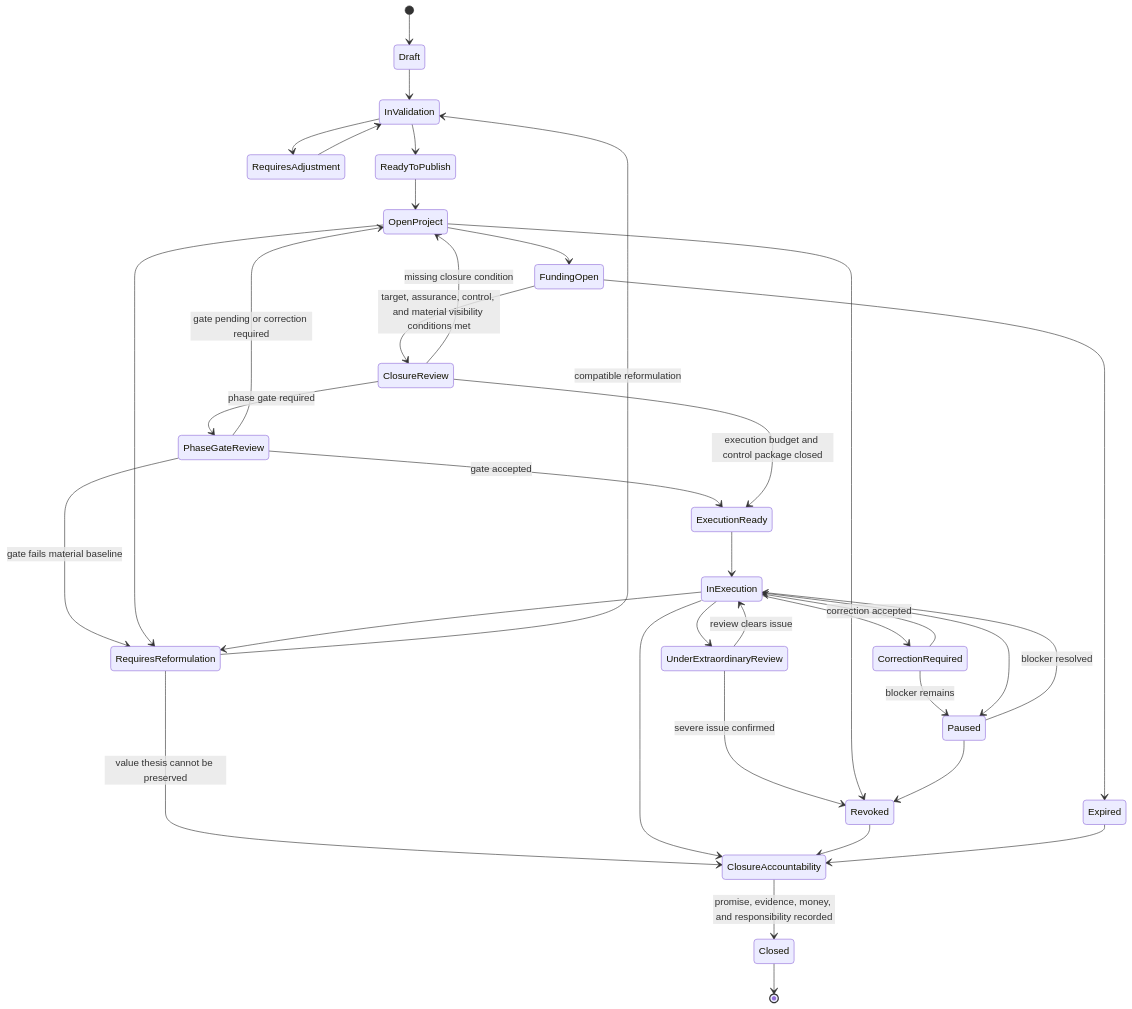
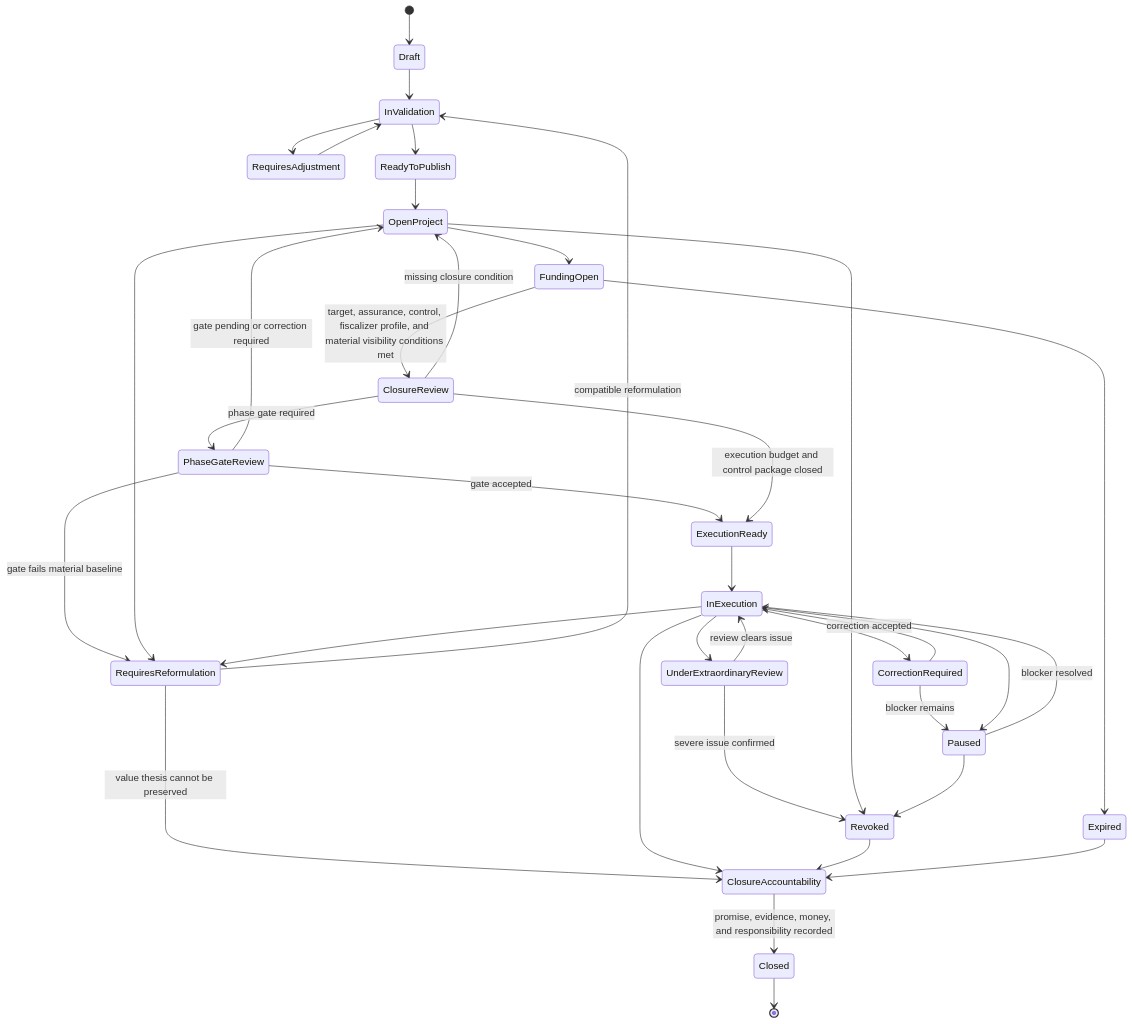
Before and after one commit to moffermann/distributed-governance-research: the diagram in docs/diagrams/v0-project-lifecycle-state.md, drawn with Mermaid. The commit also changed other lines of this file and 36 other files, not shown here.

````diff
--- a/docs/diagrams/v0-project-lifecycle-state.md
+++ b/docs/diagrams/v0-project-lifecycle-state.md
@@ -9,43 +9,43 @@
 ```mermaid
 stateDiagram-v2
     [*] --> Draft
     Draft --> InValidation
     InValidation --> RequiresAdjustment
     RequiresAdjustment --> InValidation
     InValidation --> ReadyToPublish
     ReadyToPublish --> OpenProject
 
     OpenProject --> FundingOpen
-    FundingOpen --> ClosureReview: target, assurance, control, and material visibility conditions met
+    FundingOpen --> ClosureReview: target, assurance, control, fiscalizer profile, and material visibility conditions met
     ClosureReview --> OpenProject: missing closure condition
     ClosureReview --> PhaseGateReview: phase gate required
     PhaseGateReview --> OpenProject: gate pending or correction required
     PhaseGateReview --> RequiresReformulation: gate fails material baseline
     PhaseGateReview --> ExecutionReady: gate accepted
     ClosureReview --> ExecutionReady: execution budget and control package closed
 
     ExecutionReady --> InExecution
     InExecution --> CorrectionRequired
     CorrectionRequired --> InExecution: correction accepted
     CorrectionRequired --> Paused: blocker remains
     InExecution --> Paused
     Paused --> InExecution: blocker resolved
 
     OpenProject --> RequiresReformulation
     InExecution --> RequiresReformulation
     RequiresReformulation --> InValidation: compatible reformulation
     RequiresReformulation --> ClosureAccountability: value thesis cannot be preserved
 
     InExecution --> UnderExtraordinaryReview
     UnderExtraordinaryReview --> InExecution: review clears issue
     UnderExtraordinaryReview --> Revoked: severe issue confirmed
 
     FundingOpen --> Expired
     OpenProject --> Revoked
     Paused --> Revoked
     InExecution --> ClosureAccountability
     Revoked --> ClosureAccountability
     Expired --> ClosureAccountability
     ClosureAccountability --> Closed: promise, evidence, money, and responsibility recorded
     Closed --> [*]
 ```
````
